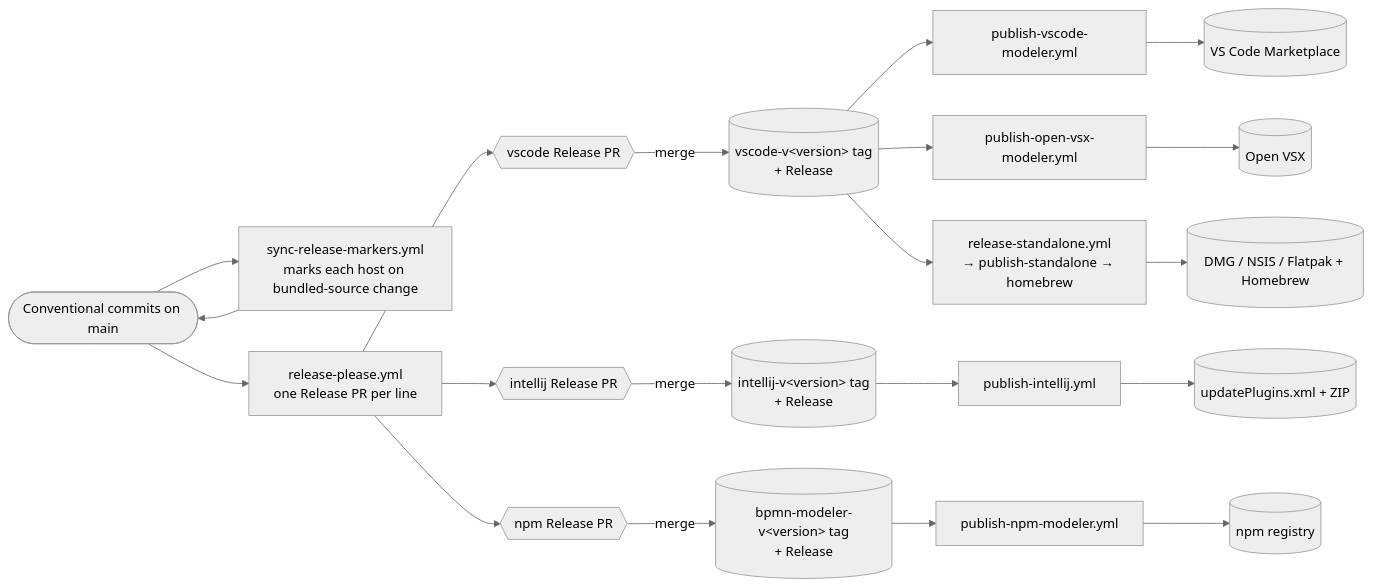
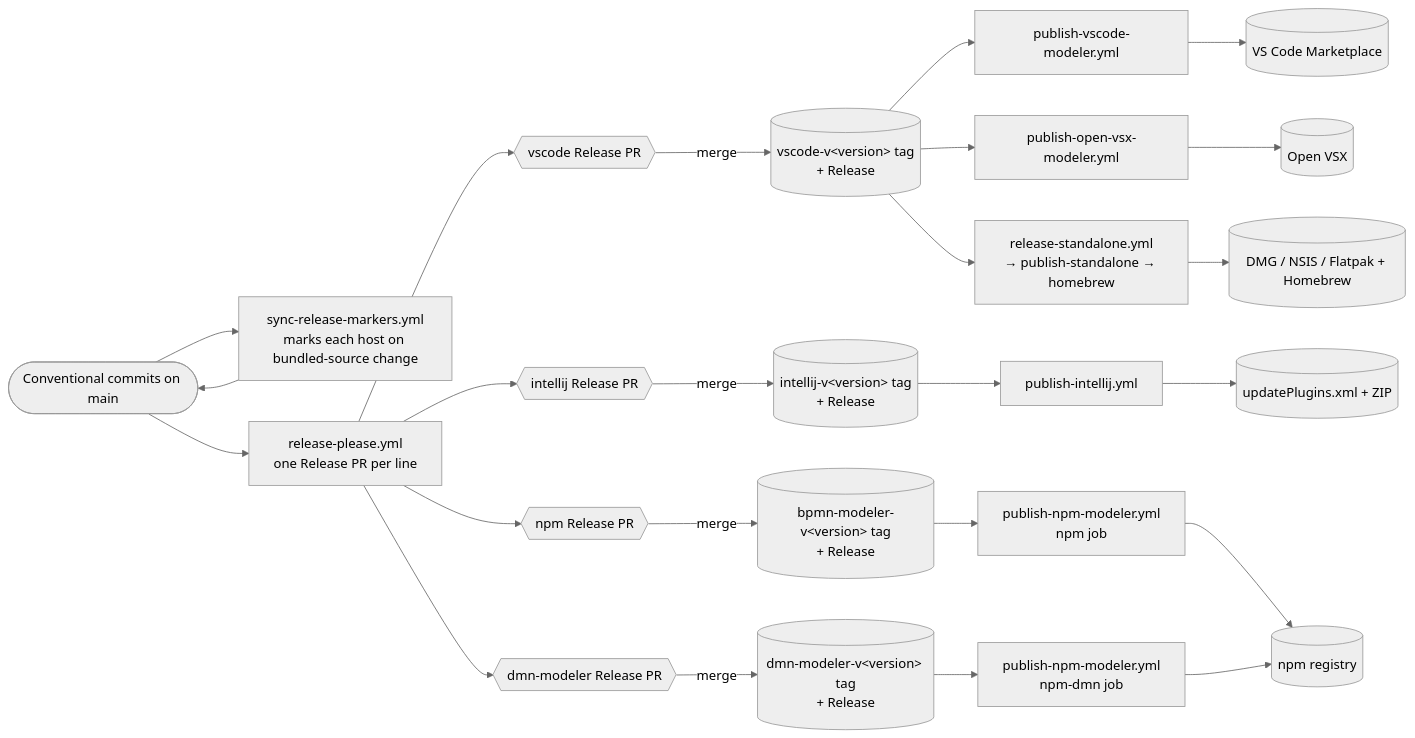
Before and after one commit to Miragon/bpmn-modeler: the diagram in docs/vscode/contributing/release-process.md, drawn with Mermaid (neutral theme). The commit also changed other lines of this file and 8 other files, not shown here.

Commit message:
chore(dmn-modeler): add the npm publishing pipeline and release line (#1484)

````diff
--- a/docs/vscode/contributing/release-process.md
+++ b/docs/vscode/contributing/release-process.md
@@ -124,30 +131,35 @@
 ```mermaid
 flowchart LR
     commits([Conventional commits on main])
     sync[sync-release-markers.yml<br/>marks each host on bundled-source change]
     rp[release-please.yml<br/>one Release PR per line]
     pr_v{{vscode Release PR}}
     pr_i{{intellij Release PR}}
     pr_n{{npm Release PR}}
+    pr_d{{dmn-modeler Release PR}}
     tag_v[(vscode-v&lt;version&gt; tag<br/>+ Release)]
     tag_i[(intellij-v&lt;version&gt; tag<br/>+ Release)]
     tag_n[(bpmn-modeler-v&lt;version&gt; tag<br/>+ Release)]
+    tag_d[(dmn-modeler-v&lt;version&gt; tag<br/>+ Release)]
 
     commits --> rp
     commits --> sync --> commits
     rp --> pr_v -->|merge| tag_v
     rp --> pr_i -->|merge| tag_i
     rp --> pr_n -->|merge| tag_n
+    rp --> pr_d -->|merge| tag_d
 
     tag_v --> p_vscode[publish-vscode-modeler.yml]
     tag_v --> p_ovsx[publish-open-vsx-modeler.yml]
     tag_v --> p_standalone[release-standalone.yml<br/>→ publish-standalone → homebrew]
     tag_i --> p_intellij[publish-intellij.yml]
-    tag_n --> p_npm[publish-npm-modeler.yml]
+    tag_n --> p_npm[publish-npm-modeler.yml<br/>npm job]
+    tag_d --> p_npm_dmn[publish-npm-modeler.yml<br/>npm-dmn job]
 
     p_vscode --> a_vscode[(VS Code Marketplace)]
     p_ovsx --> a_ovsx[(Open VSX)]
     p_standalone --> a_standalone[(DMG / NSIS / Flatpak + Homebrew)]
     p_intellij --> a_intellij[(updatePlugins.xml + ZIP)]
     p_npm --> a_npm[(npm registry)]
+    p_npm_dmn --> a_npm
 ```
````
